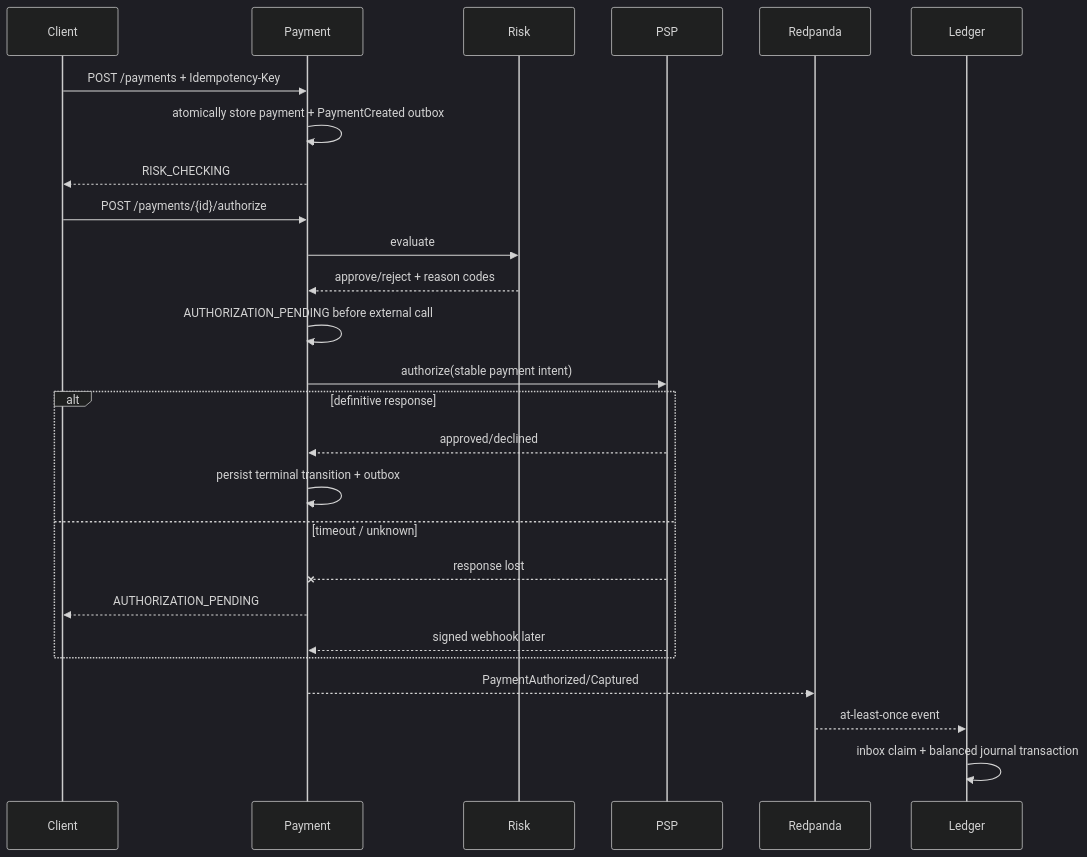
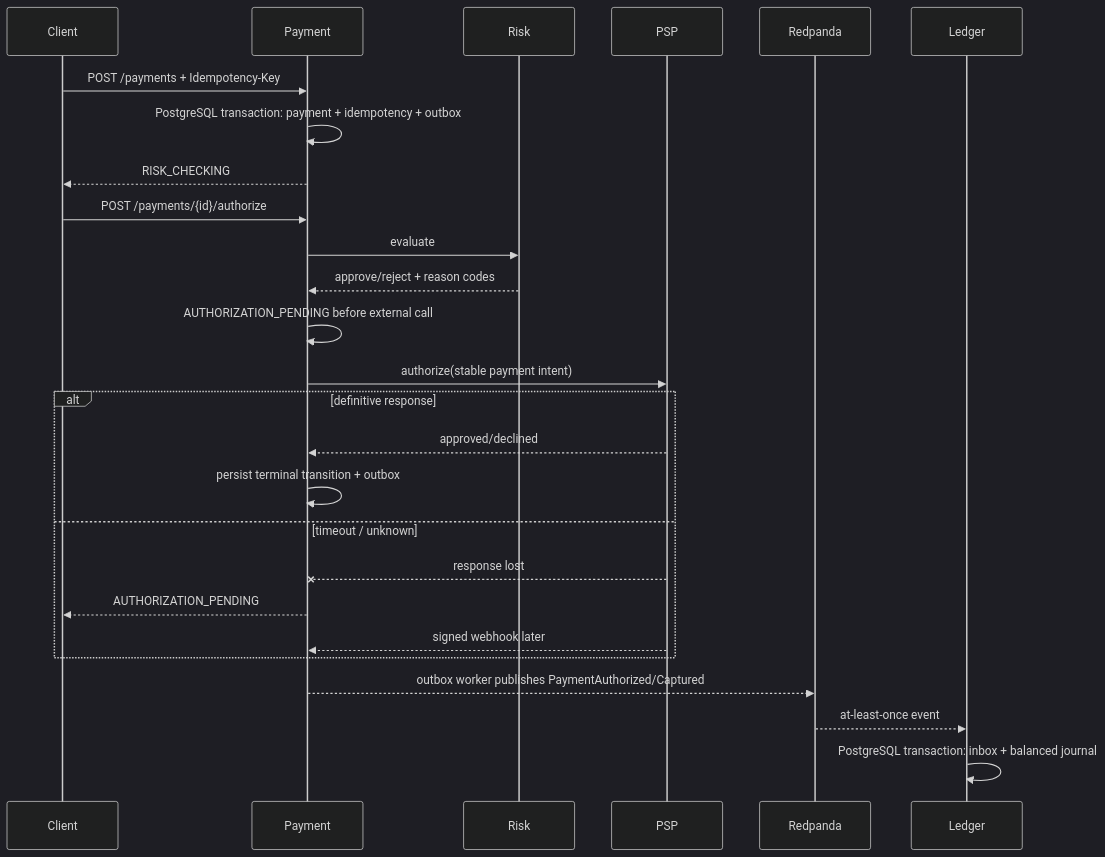
The first of 2 diagrams in docs/payment-flow.md (daniel-tsx/fintech-microservices), drawn with Mermaid (dark theme) before and after one commit. The commit also changed other lines of this file and 40 other files, not shown here.

Commit message:
feat: make payment-to-ledger flow durable

````diff
--- a/docs/payment-flow.md
+++ b/docs/payment-flow.md
@@ -5,28 +5,28 @@
 ```mermaid
 sequenceDiagram
   participant C as Client
   participant P as Payment
   participant R as Risk
   participant X as PSP
   participant K as Redpanda
   participant L as Ledger
   C->>P: POST /payments + Idempotency-Key
-  P->>P: atomically store payment + PaymentCreated outbox
+  P->>P: PostgreSQL transaction: payment + idempotency + outbox
   P-->>C: RISK_CHECKING
   C->>P: POST /payments/{id}/authorize
   P->>R: evaluate
   R-->>P: approve/reject + reason codes
   P->>P: AUTHORIZATION_PENDING before external call
   P->>X: authorize(stable payment intent)
   alt definitive response
     X-->>P: approved/declined
     P->>P: persist terminal transition + outbox
   else timeout / unknown
     X--xP: response lost
     P-->>C: AUTHORIZATION_PENDING
     X-->>P: signed webhook later
   end
-  P-->>K: PaymentAuthorized/Captured
+  P-->>K: outbox worker publishes PaymentAuthorized/Captured
   K-->>L: at-least-once event
-  L->>L: inbox claim + balanced journal transaction
+  L->>L: PostgreSQL transaction: inbox + balanced journal
 ```
````
